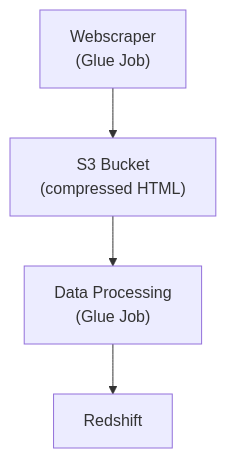
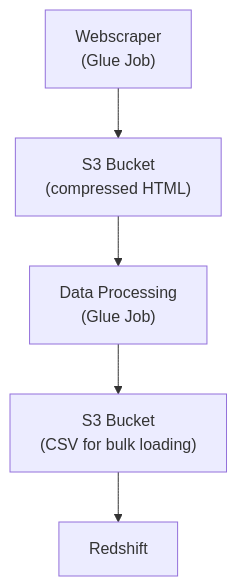
The diagram in README.md (jleung24/linkedin_data), drawn with Mermaid before and after one commit.

````diff
--- a/README.md
+++ b/README.md
@@ -1,6 +1,7 @@
 ```mermaid
 flowchart TD;
     A["Webscraper<br>(Glue Job)"] --> B["S3 Bucket<br>(compressed HTML)"];
     B --> C["Data Processing<br>(Glue Job)"];
-    C --> D[Redshift];
+    C --> D["S3 Bucket<br>(CSV for bulk loading)"];
+    D --> E[Redshift];
 ```
````
